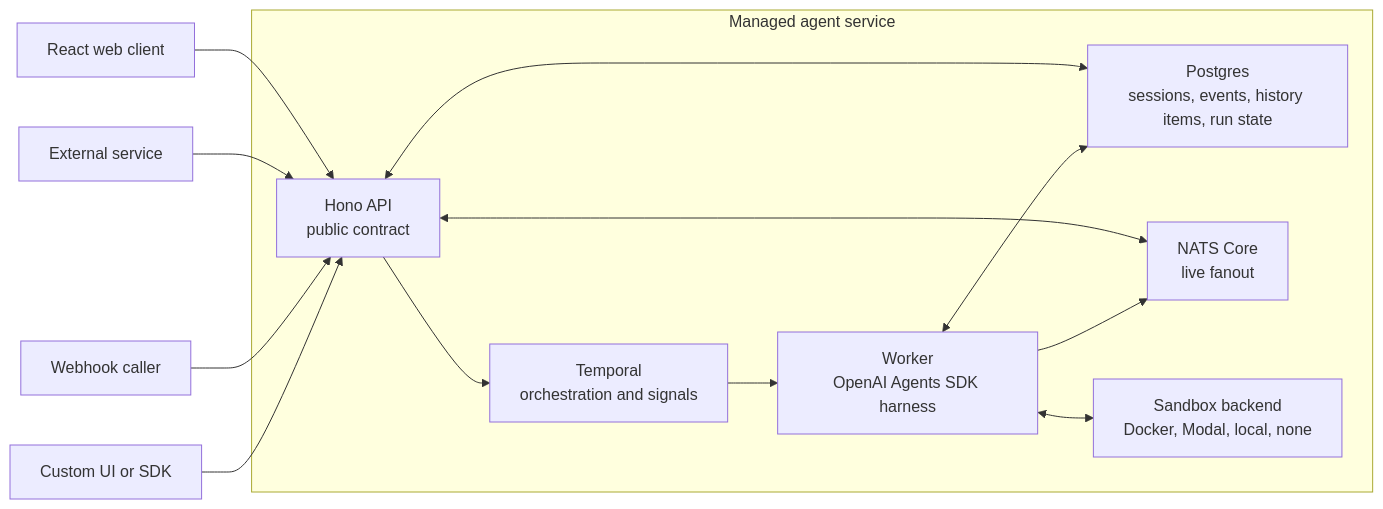
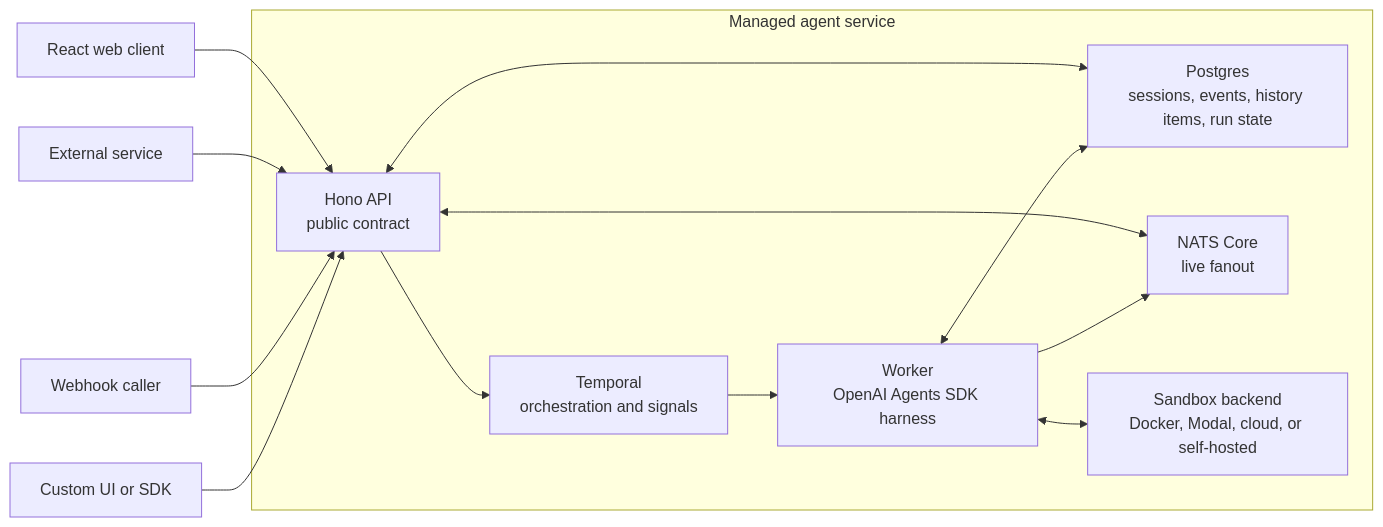
One commit to alexanderjacobsen/opengeni changed the diagram in README.md. Above: the diagram before and after it, drawn with Mermaid. The commit also changed other lines of this file and 2 other files, not shown here.

First line of the commit message:
docs: add canonical architecture.md reference + wire into AGENTS.md

````diff
--- a/README.md
+++ b/README.md
@@ -49,28 +49,28 @@
 ```mermaid
 flowchart LR
   Web["React web client"]
   Service["External service"]
   Webhook["Webhook caller"]
   CustomUI["Custom UI or SDK"]
 
   subgraph Managed["Managed agent service"]
     API["Hono API<br/>public contract"]
     DB["Postgres<br/>sessions, events, history items, run state"]
     Temporal["Temporal<br/>orchestration and signals"]
     Worker["Worker<br/>OpenAI Agents SDK harness"]
     NATS["NATS Core<br/>live fanout"]
-    Sandbox["Sandbox backend<br/>Docker, Modal, local, none"]
+    Sandbox["Sandbox backend<br/>Docker, Modal, cloud, or self-hosted"]
   end
 
   Web --> API
   Service --> API
   Webhook --> API
   CustomUI --> API
   API <--> DB
   API --> Temporal
   API <--> NATS
   Temporal --> Worker
   Worker <--> DB
   Worker --> NATS
   Worker <--> Sandbox
 ```
````
